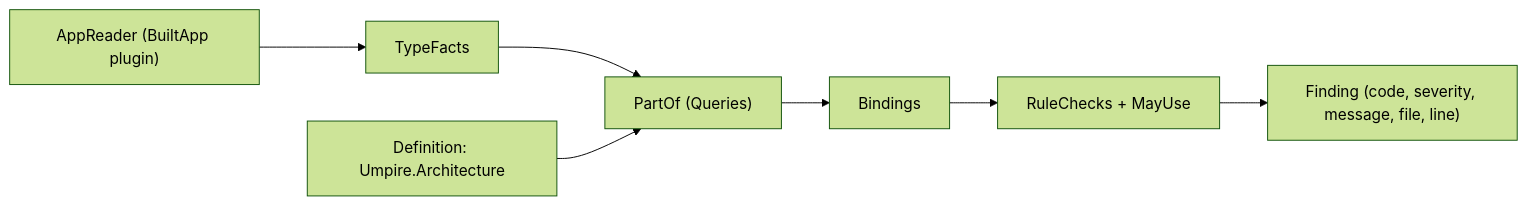
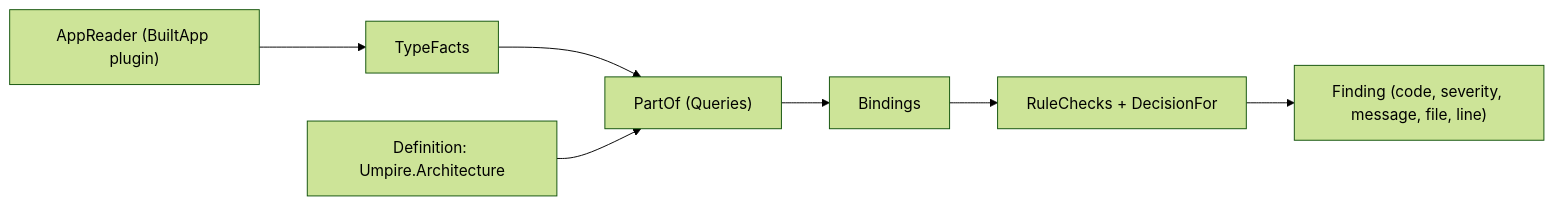
Before and after one commit to MgCohen/vsa-template: the diagram in docs/architecture-engine.md, drawn with Mermaid (forest theme). The commit also changed other lines of this file and 38 other files, not shown here.

First line of the commit message:
Compile the definition into ResolvedArchitecture

````diff
--- a/docs/architecture-engine.md
+++ b/docs/architecture-engine.md
@@ -5,9 +5,9 @@
 ```mermaid
 flowchart LR
     L["AppReader (BuiltApp plugin)"] --> A["TypeFacts"]
     A --> B["PartOf (Queries)"]
     D[Definition: Umpire.Architecture] --> B
     B --> S[Bindings]
-    S --> C["RuleChecks + MayUse"]
+    S --> C["RuleChecks + DecisionFor"]
     C --> F["Finding (code, severity, message, file, line)"]
 ```
````
